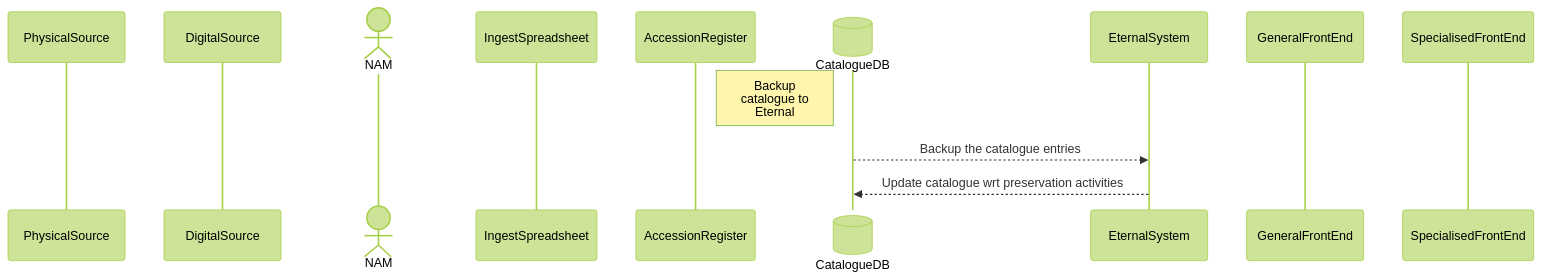
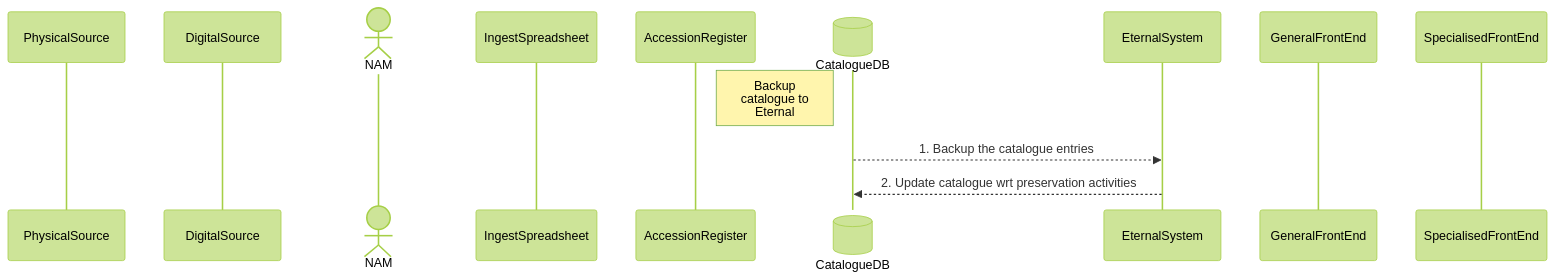
Before and after one commit to dgiaretta/NAM: the sixth of 7 diagrams in README.md, drawn with Mermaid (forest theme). The commit also changed other lines of this file, not shown here.

First line of the commit message:
Refine README content and sequence diagrams

````diff
--- a/README.md
+++ b/README.md
@@ -177,15 +177,15 @@
 ```mermaid
 sequenceDiagram
 participant PhysicalSource
 participant DigitalSource
 actor NAM
 participant IngestSpreadsheet
 participant AccessionRegister
 participant CatalogueDB@{ "type": "database" }
 participant EternalSystem
 participant GeneralFrontEnd
 participant SpecialisedFrontEnd
 Note left of CatalogueDB: Backup<br/>catalogue to<br/>Eternal
-CatalogueDB-->>EternalSystem: Backup the catalogue entries
-EternalSystem-->>CatalogueDB: Update catalogue wrt preservation activities
+CatalogueDB-->>EternalSystem: 1. Backup the catalogue entries
+EternalSystem-->>CatalogueDB: 2. Update catalogue wrt preservation activities
 ```
````
